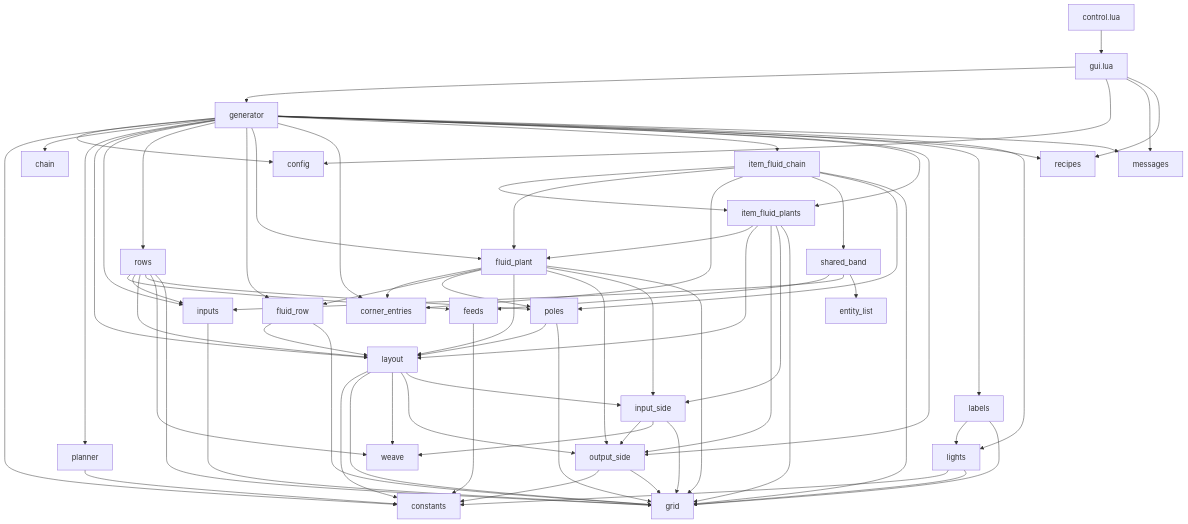
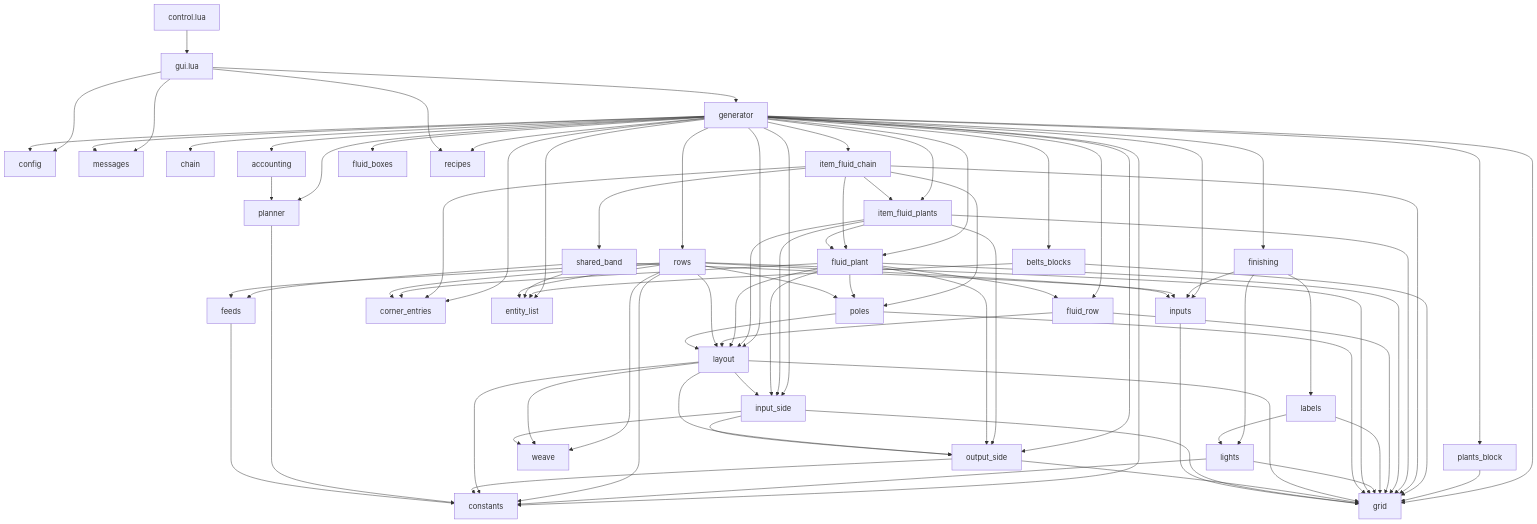
One commit to RibbonedAce/factorio-blueprint-generation changed the second of 6 diagrams in TYPES.md. Above: the diagram before and after it, drawn with Mermaid. The commit also changed other lines of this file and 39 other files, not shown here.

First line of the commit message:
Take items made in plants and fluids made by machines in recipes on belts

```diff
--- a/TYPES.md
+++ b/TYPES.md
@@ -96,6 +109,21 @@
   generator --> item_fluid_chain
   generator --> item_fluid_plants
   generator --> output_side
+  generator --> input_side
+  generator --> entity_list
+  generator --> grid
+  generator --> plants_block
+  generator --> accounting
+  generator --> finishing
+  generator --> fluid_boxes
+  generator --> belts_blocks
+  accounting --> planner
+  finishing --> inputs
+  finishing --> labels
+  finishing --> lights
+  plants_block --> grid
+  belts_blocks --> entity_list
+  belts_blocks --> grid
   item_fluid_chain --> item_fluid_plants
   item_fluid_chain --> fluid_plant
   item_fluid_chain --> corner_entries
@@ -121,14 +149,15 @@
   gui --> recipes
   fluid_row --> layout
   fluid_row --> grid
-  generator --> labels
-  generator --> lights
   labels --> lights
   labels --> grid
   generator --> messages
   lights --> constants
   lights --> grid
   rows --> feeds
+  rows --> constants
+  rows --> corner_entries
+  rows --> entity_list
   rows --> inputs
   rows --> layout
   rows --> poles
```
